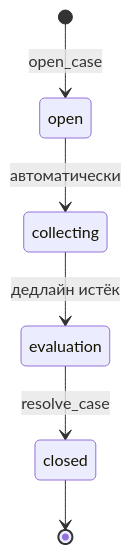
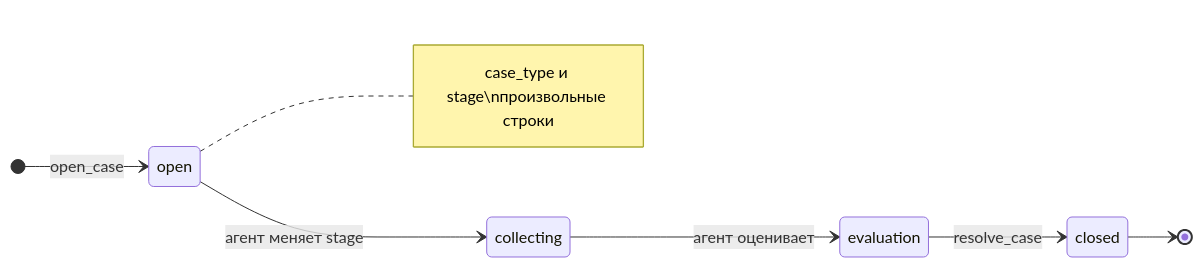
Before and after one commit to gliseop/SPHERE: the first of 3 diagrams in ARCHITECTURE.md, drawn with Mermaid. The commit also changed other lines of this file and 10 other files, not shown here.

````diff
--- a/ARCHITECTURE.md
+++ b/ARCHITECTURE.md
@@ -106,8 +113,10 @@
 ```mermaid
 stateDiagram-v2
+    direction LR
     [*] --> open: open_case
-    open --> collecting: автоматически
-    collecting --> evaluation: дедлайн истёк
+    open --> collecting: агент меняет stage
+    collecting --> evaluation: агент оценивает
     evaluation --> closed: resolve_case
     closed --> [*]
+    note right of open: case_type и stage\nпроизвольные строки
 ```
````
